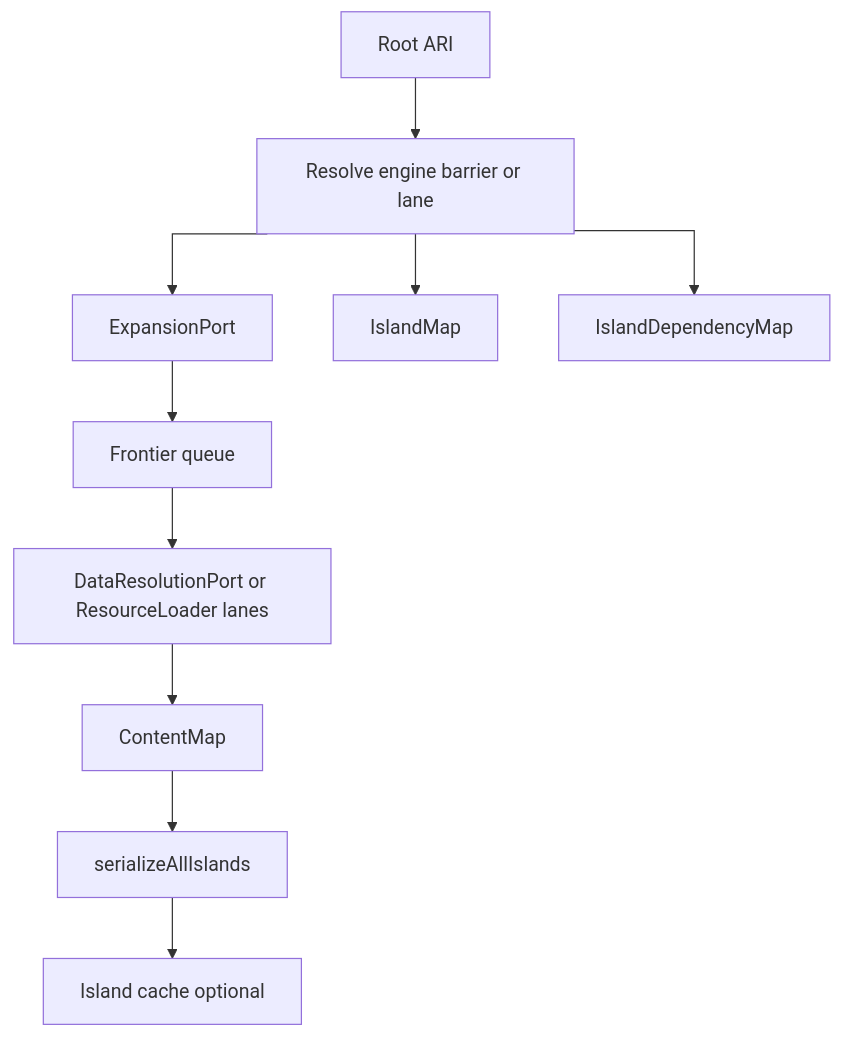
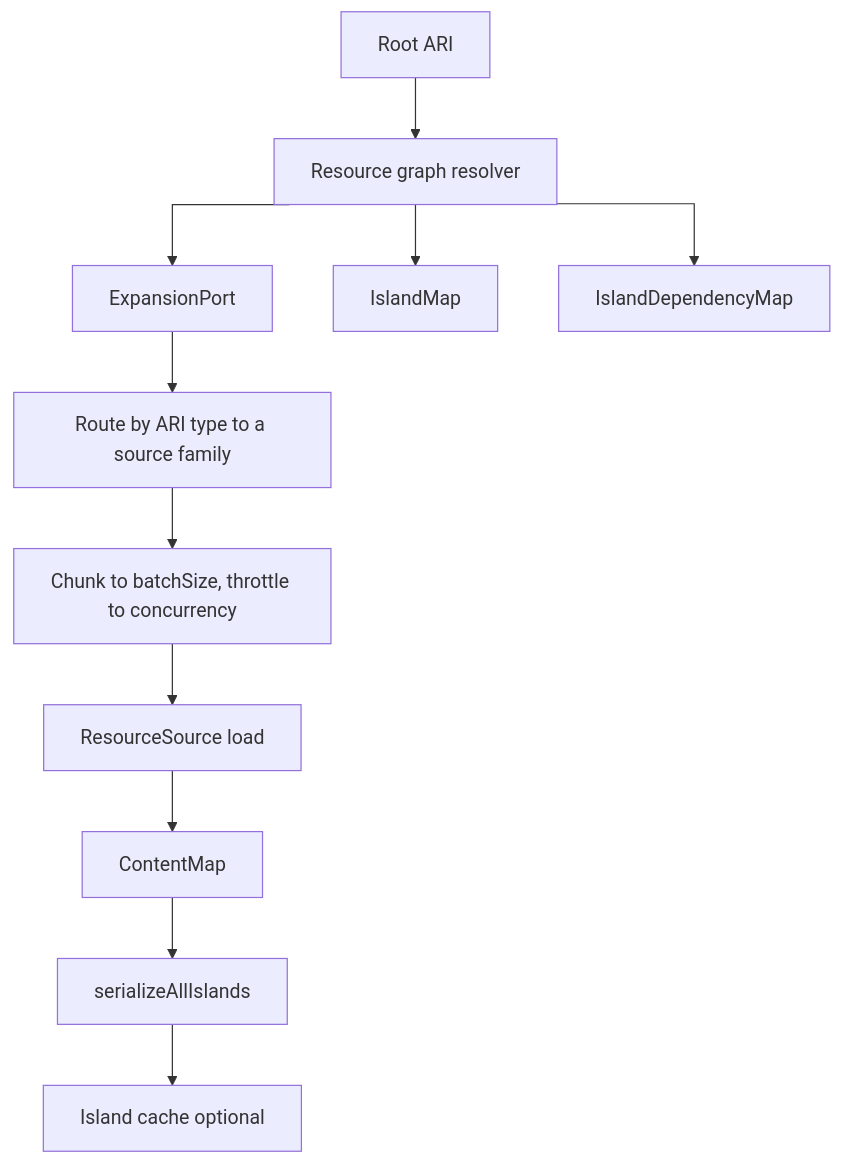
One commit to xndrjs/toolkit changed the diagram in apps/xndrjs-documentation/src/content/docs/v0/infrastructure/resource-graph-resolver.md. Above: the diagram before and after it, drawn with Mermaid. The commit also changed other lines of this file and 58 other files, not shown here.

````diff
--- a/apps/xndrjs-documentation/src/content/docs/v0/infrastructure/resource-graph-resolver.md
+++ b/apps/xndrjs-documentation/src/content/docs/v0/infrastructure/resource-graph-resolver.md
@@ -35,13 +37,14 @@
 ```mermaid
 %%{init: {'flowchart': {'curve': 'stepAfter'}}}%%
 flowchart TD
-  root[Root ARI] --> engine[Resolve engine barrier or lane]
-  engine --> expand[ExpansionPort]
-  expand --> queue[Frontier queue]
-  queue --> data[DataResolutionPort or ResourceLoader lanes]
-  data --> contentMap[ContentMap]
-  engine --> islands[IslandMap]
-  engine --> deps[IslandDependencyMap]
+  root[Root ARI] --> resolver[Resource graph resolver]
+  resolver --> expand[ExpansionPort]
+  expand --> route[Route by ARI type to a source family]
+  route --> batch[Chunk to batchSize, throttle to concurrency]
+  batch --> sources[ResourceSource load]
+  sources --> contentMap[ContentMap]
+  resolver --> islands[IslandMap]
+  resolver --> deps[IslandDependencyMap]
   contentMap --> serialize[serializeAllIslands]
   serialize --> cache[Island cache optional]
 ```
````
